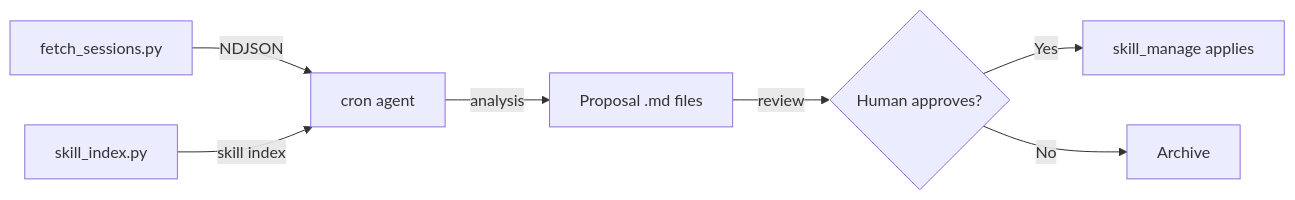
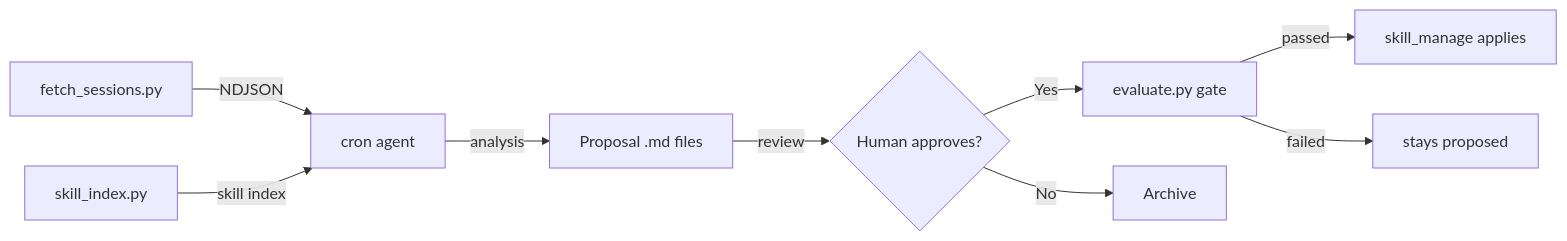
The diagram in README.md (Carlo1911/skill-evolution), drawn with Mermaid before and after one commit. The commit also changed other lines of this file and 8 other files, not shown here.

````diff
--- a/README.md
+++ b/README.md
@@ -72,9 +74,11 @@
 ```mermaid
 flowchart LR
     A[fetch_sessions.py] -->|NDJSON| B[cron agent]
     C[skill_index.py] -->|skill index| B
     B -->|analysis| D[Proposal .md files]
     D -->|review| E{Human approves?}
-    E -->|Yes| F[skill_manage applies]
-    E -->|No| G[Archive]
+    E -->|Yes| F[evaluate.py gate]
+    F -->|passed| G[skill_manage applies]
+    F -->|failed| H[stays proposed]
+    E -->|No| I[Archive]
 ```
````
